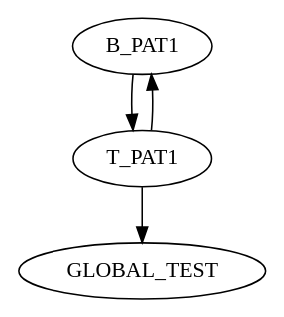
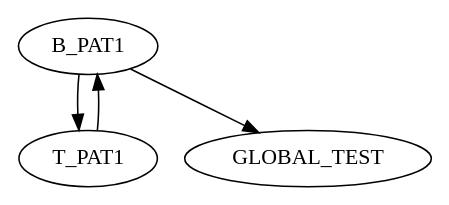
Before and after one commit to GSI-CS-CO/bel_projects: the diagram in modules/ftm/ftmx86/global.dot, drawn with Graphviz. The commit also changed 2 other files, not shown here.

```diff
--- a/modules/ftm/ftmx86/global.dot
+++ b/modules/ftm/ftmx86/global.dot
@@ -1,23 +1,23 @@
 digraph g {
 name="Global_Test";
 
 graph []
 edge  [type="defdst"]
 
 
 subgraph cpu0 {
   node  [cpu="0", pattern="PAT1"];
 
   B_PAT1[type="block", tperiod="1000000000", patexit="true", qlo="true" ];
   T_PAT1[type="tmsg", toffs="0", patentry="true", fid="1", gid="200", evtno="259", beamin="0", bpcstart="0", sid="1", bpid="3", reqnobeam="0", vacc="0", par="0x0000000010000fa0", tef="0"];
   T_PAT1->B_PAT1->T_PAT1;
 
   GLOBAL_TEST [type="global", section="registers", pattern="EXTERN" ];
   
 
-  T_PAT1->GLOBAL_TEST [type="reference", fieldtail="0x10", fieldhead="0x00", fieldwidth="64"];
+  B_PAT1->GLOBAL_TEST [type="reference", fieldtail="0x04", fieldhead="0x00", fieldwidth="32"];
 }
 
 
 
 }
```
